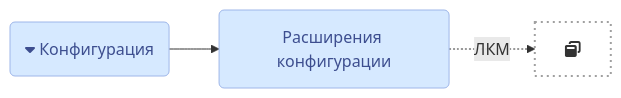
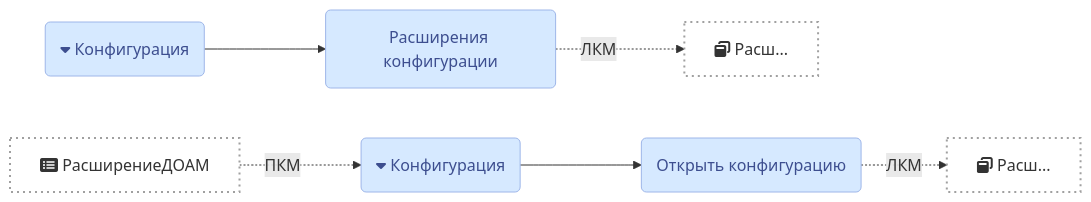
Before and after one commit to lugovoe/manual: the fourth of 4 diagrams in faq/crash/main-white-window.md, drawn with Mermaid. The commit also changed other lines of this file, not shown here.

````diff
--- a/faq/crash/main-white-window.md
+++ b/faq/crash/main-white-window.md
@@ -77,9 +83,14 @@
 ``` mermaid
 graph LR
   m1(fa:fa-caret-down Конфигурация) --> m2
-  m2(Расширения конфигурации) -.-> |ЛКМ| e0
-  e0[fa:fa-window-restore]
-  style e0 fill:#fff,stroke:#a0a0a0,stroke-width:2px,stroke-dasharray:2 4
+  m2(Расширения конфигурации) -.-> |ЛКМ| e00
+  e00[fa:fa-window-restore Расш...]
+  e01[fa:fa-list-alt РасширениеДОАМ] -.-> |ПКМ| m3
+  m3(fa:fa-caret-down Конфигурация) --> m4
+  m4(Открыть конфигурацию) -.-> |ЛКМ| e02
+  e02[fa:fa-window-restore Расш...]
   classDef confmenu fill:#d6e9ff,stroke:#9eb6e9,stroke-width:1px,color:#3d4e8f
-  class m1,m2 confmenu
+  classDef element fill:#fff,stroke:#a0a0a0,stroke-width:2px,stroke-dasharray:2 4
+  class m1,m2,m3,m4 confmenu
+  class e00,e01,e02 element
 ```
````
